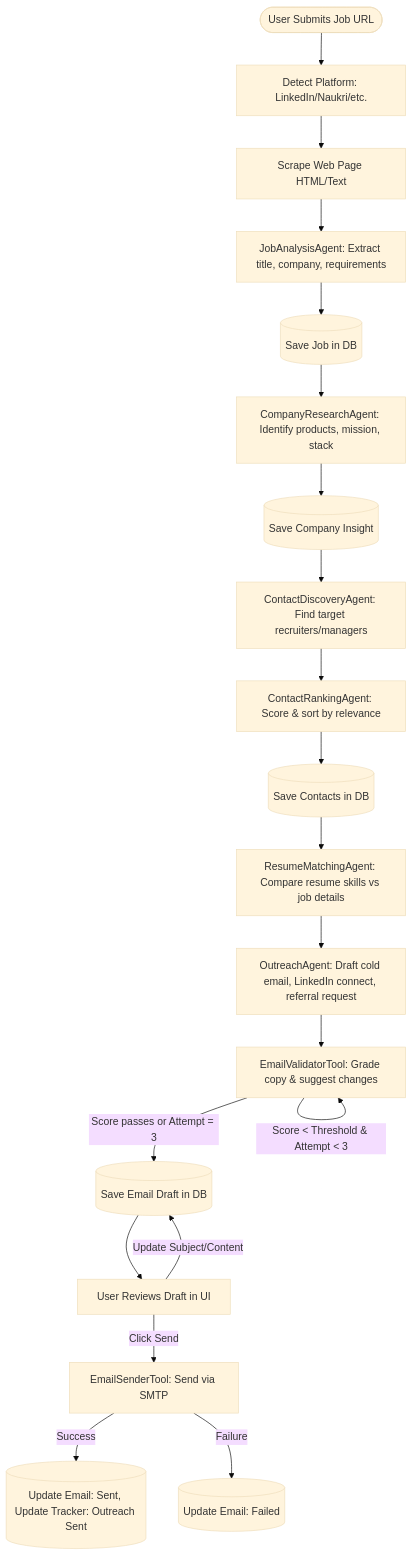
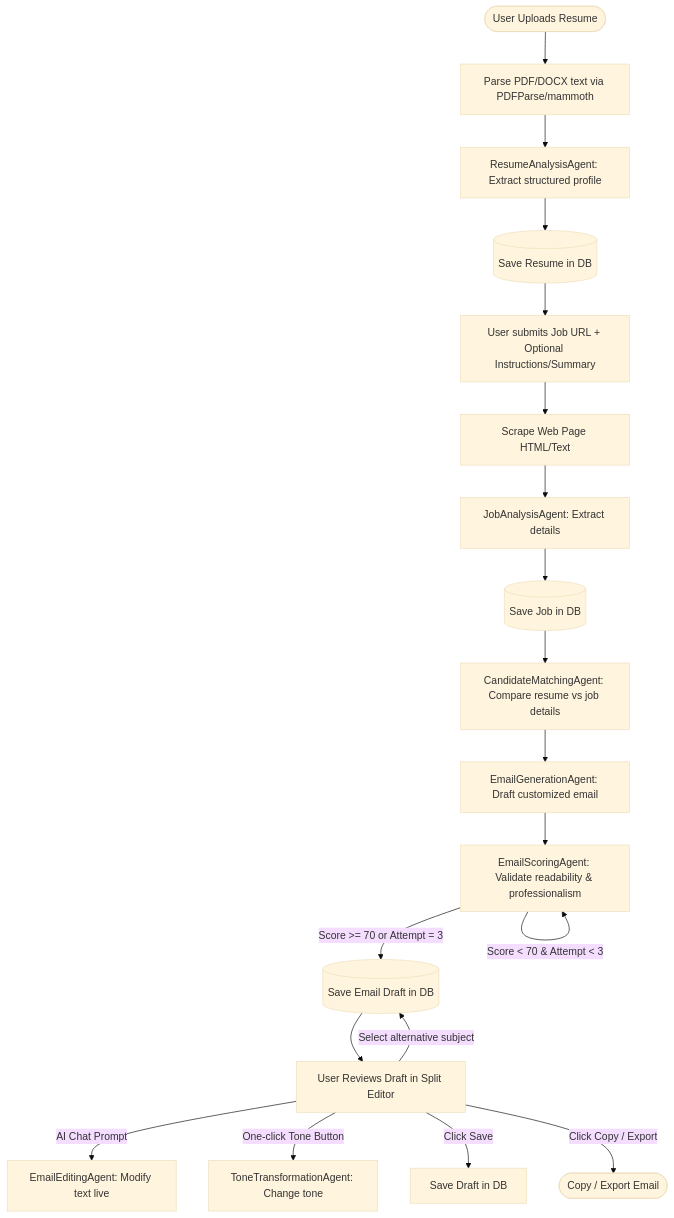
The first of 6 diagrams in docs/WORKFLOW.md (tamal006/cold-email-ai-agent), drawn with Mermaid (base theme) before and after one commit. The commit also changed other lines of this file and 107 other files, not shown here.

````diff
--- a/docs/WORKFLOW.md
+++ b/docs/WORKFLOW.md
@@ -7,28 +11,26 @@
 ```mermaid
 graph TD
-    Start([User Submits Job URL]) --> PlatformDetect[Detect Platform: LinkedIn/Naukri/etc.]
-    PlatformDetect --> WebScrape[Scrape Web Page HTML/Text]
-    WebScrape --> JobAnalyzeAgent[JobAnalysisAgent: Extract title, company, requirements]
+    Start([User Uploads Resume]) --> ResumeParse[Parse PDF/DOCX text via PDFParse/mammoth]
+    ResumeParse --> ResumeAnalyze[ResumeAnalysisAgent: Extract structured profile]
+    ResumeAnalyze --> DB_Resume[(Save Resume in DB)]
+    
+    DB_Resume --> UserInput[User submits Job URL + Optional Instructions/Summary]
+    UserInput --> WebScrape[Scrape Web Page HTML/Text]
+    WebScrape --> JobAnalyzeAgent[JobAnalysisAgent: Extract details]
     JobAnalyzeAgent --> DB_Job[(Save Job in DB)]
     
-    DB_Job --> CompanyResearchAgent[CompanyResearchAgent: Identify products, mission, stack]
-    CompanyResearchAgent --> DB_Company[(Save Company Insight)]
+    DB_Job --> MatchResume[CandidateMatchingAgent: Compare resume vs job details]
+    MatchResume --> GenerateEmail[EmailGenerationAgent: Draft customized email]
     
-    DB_Company --> ContactDiscover[ContactDiscoveryAgent: Find target recruiters/managers]
-    ContactDiscover --> ContactRank[ContactRankingAgent: Score & sort by relevance]
-    ContactRank --> DB_Contact[(Save Contacts in DB)]
+    GenerateEmail --> GradeLoop[EmailScoringAgent: Validate readability & professionalism]
+    GradeLoop -->|Score < 70 & Attempt < 3| GradeLoop
+    GradeLoop -->|Score >= 70 or Attempt = 3| DB_Email[(Save Email Draft in DB)]
     
-    DB_Contact --> MatchResume[ResumeMatchingAgent: Compare resume skills vs job details]
-    MatchResume --> GenerateOutreach[OutreachAgent: Draft cold email, LinkedIn connect, referral request]
+    DB_Email --> UserReview[User Reviews Draft in Split Editor]
+    UserReview -->|AI Chat Prompt| EditAgent[EmailEditingAgent: Modify text live]
+    UserReview -->|One-click Tone Button| ToneAgent[ToneTransformationAgent: Change tone]
+    UserReview -->|Select alternative subject| DB_Email
     
-    GenerateOutreach --> GradeLoop[EmailValidatorTool: Grade copy & suggest changes]
-    GradeLoop -->|Score < Threshold & Attempt < 3| GradeLoop
-    GradeLoop -->|Score passes or Attempt = 3| DB_Email[(Save Email Draft in DB)]
-    
-    DB_Email --> UserReview[User Reviews Draft in UI]
-    UserReview -->|Update Subject/Content| DB_Email
-    UserReview -->|Click Send| EmailSenderTool[EmailSenderTool: Send via SMTP]
-    
-    EmailSenderTool -->|Success| DB_Sent[(Update Email: Sent, Update Tracker: Outreach Sent)]
-    EmailSenderTool -->|Failure| DB_Fail[(Update Email: Failed)]
+    UserReview -->|Click Save| SaveDraft[Save Draft in DB]
+    UserReview -->|Click Copy / Export| End([Copy / Export Email])
 ```
````
